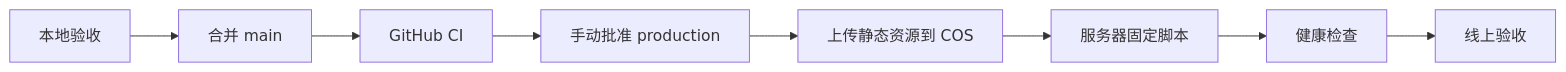
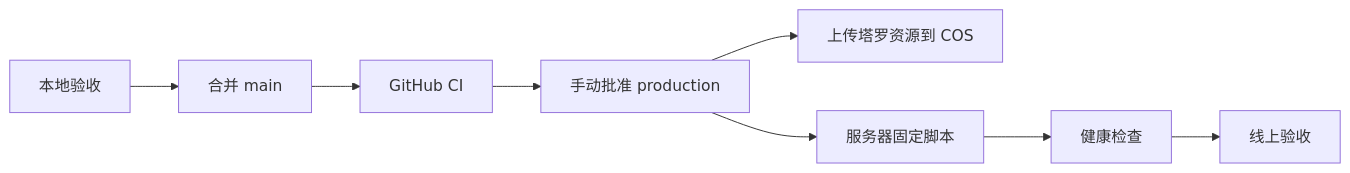
Before and after one commit to SuperKingC/Pet10: the diagram in docs/features/deployment.md, drawn with Mermaid. The commit also changed other lines of this file and 17 other files, not shown here.

````diff
--- a/docs/features/deployment.md
+++ b/docs/features/deployment.md
@@ -17,10 +16,10 @@
 ```mermaid
 flowchart LR
   A["本地验收"] --> B["合并 main"]
   B --> C["GitHub CI"]
   C --> D["手动批准 production"]
-  D --> E["上传静态资源到 COS"]
-  E --> F["服务器固定脚本"]
+  D --> E["上传塔罗资源到 COS"]
+  D --> F["服务器固定脚本"]
   F --> G["健康检查"]
   G --> H["线上验收"]
 ```
````
